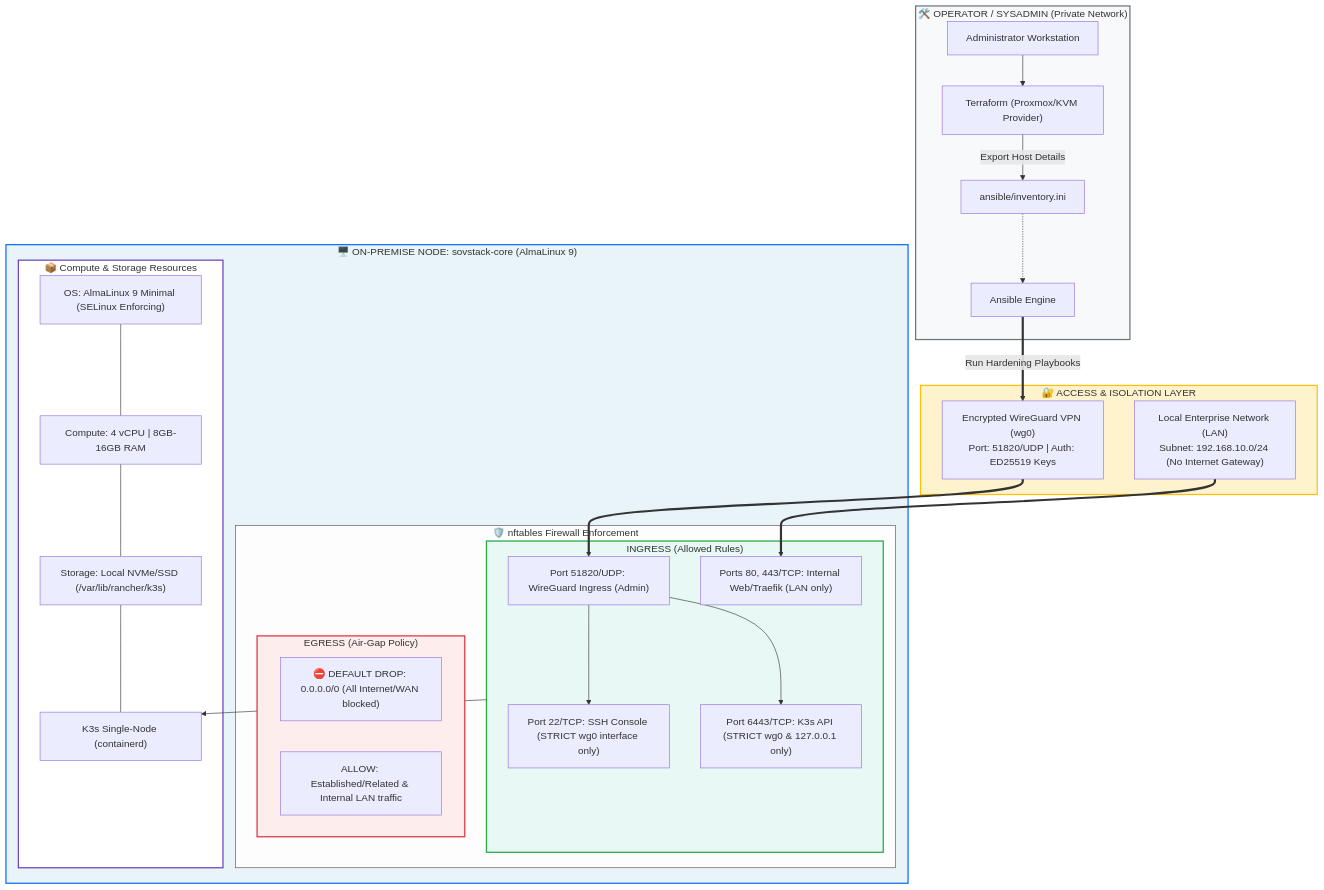
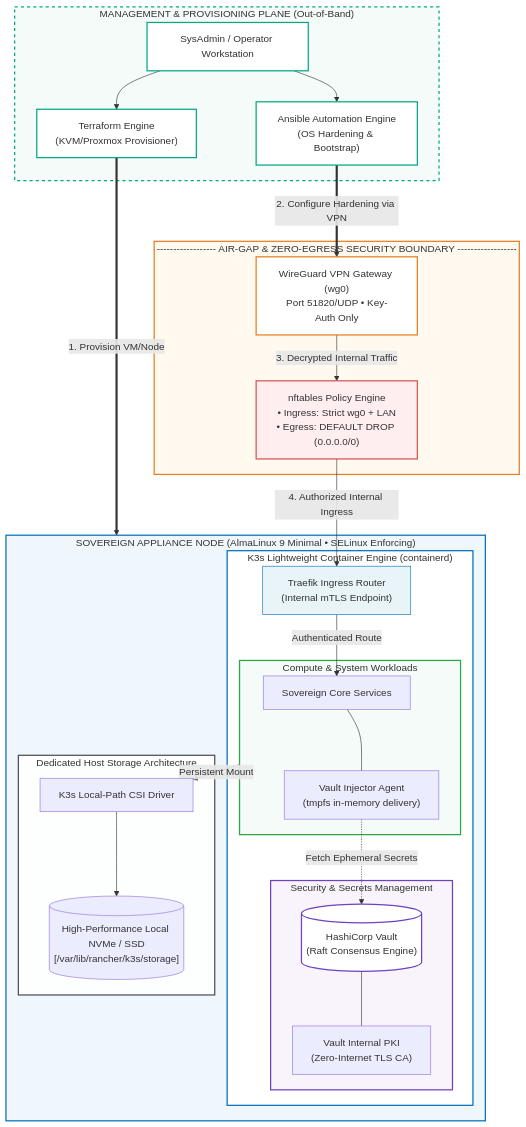
Before and after one commit to pikz-eng/sovstack-core: the diagram in README.md, drawn with Mermaid.

````diff
--- a/README.md
+++ b/README.md
@@ -11,64 +11,81 @@
 ```mermaid
 flowchart TD
-    subgraph ManagementPlane [" 🛠️ OPERATOR / SYSADMIN (Private Network) "]
-        Admin["Administrator Workstation"]
-        Terraform["Terraform (Proxmox/KVM Provider)"]
-        Ansible["Ansible Engine"]
+    %% ==========================================
+    %% TOP ZONE: MANAGEMENT & CONTROL PLANE
+    %% ==========================================
+    subgraph ManagementPlane ["MANAGEMENT & PROVISIONING PLANE (Out-of-Band)"]
+        AdminStation["SysAdmin / Operator Workstation"]
+        TerraformEngine["Terraform Engine<br>(KVM/Proxmox Provisioner)"]
+        AnsibleEngine["Ansible Automation Engine<br>(OS Hardening & Bootstrap)"]
         
-        Admin --> Terraform
-        Terraform -->|Export Host Details| Inventory["ansible/inventory.ini"]
-        Inventory -.-> Ansible
+        AdminStation --> TerraformEngine
+        AdminStation --> AnsibleEngine
     end
 
-    subgraph TransportLayer [" 🔐 ACCESS & ISOLATION LAYER "]
-        WG_Tunnel["Encrypted WireGuard VPN (wg0)<br>Port: 51820/UDP | Auth: ED25519 Keys"]
-        LAN_Net["Local Enterprise Network (LAN)<br>Subnet: 192.168.10.0/24 (No Internet Gateway)"]
+    %% ==========================================
+    %% DEMARCATION BOUNDARY: AIR-GAP PERIMETER
+    %% ==========================================
+    subgraph PerimeterBoundary ["------------------ AIR-GAP & ZERO-EGRESS SECURITY BOUNDARY ------------------"]
+        WGGateway["WireGuard VPN Gateway (wg0)<br>Port 51820/UDP • Key-Auth Only"]
+        NFTables["nftables Policy Engine<br>• Ingress: Strict wg0 + LAN<br>• Egress: DEFAULT DROP (0.0.0.0/0)"]
     end
 
-    subgraph OnPremNode [" 🖥️ ON-PREMISE NODE: sovstack-core (AlmaLinux 9) "]
+    %% ==========================================
+    %% BOTTOM ZONE: SOVEREIGN ON-PREMISES APPLIANCE
+    %% ==========================================
+    subgraph ApplianceNode ["SOVEREIGN APPLIANCE NODE (AlmaLinux 9 Minimal • SELinux Enforcing)"]
         
-        subgraph NFTablesEngine [" 🛡️ nftables Firewall Enforcement "]
-            
-            subgraph IngressRules [" INGRESS (Allowed Rules) "]
-                In_WG["Port 51820/UDP: WireGuard Ingress (Admin)"]
-                In_SSH["Port 22/TCP: SSH Console (STRICT wg0 interface only)"]
-                In_K8s["Port 6443/TCP: K3s API (STRICT wg0 & 127.0.0.1 only)"]
-                In_Web["Ports 80, 443/TCP: Internal Web/Traefik (LAN only)"]
+        subgraph OrchestrationLayer ["K3s Lightweight Container Engine (containerd)"]
+            TraefikIngress["Traefik Ingress Router<br>(Internal mTLS Endpoint)"]
+
+            subgraph SecurityOrchestrator ["Security & Secrets Management"]
+                VaultServer[("HashiCorp Vault<br>(Raft Consensus Engine)")]
+                VaultPKI["Vault Internal PKI<br>(Zero-Internet TLS CA)"]
+                VaultServer --- VaultPKI
             end
 
-            subgraph EgressRules [" EGRESS (Air-Gap Policy) "]
-                Out_Drop["⛔ DEFAULT DROP: 0.0.0.0/0 (All Internet/WAN blocked)"]
-                Out_Local["ALLOW: Established/Related & Internal LAN traffic"]
+            subgraph ComputeWorkloads ["Compute & System Workloads"]
+                CoreWorkload["Sovereign Core Services"]
+                SidecarAgent["Vault Injector Agent<br>(tmpfs in-memory delivery)"]
+                CoreWorkload --- SidecarAgent
             end
+            
+            TraefikIngress -->|Authenticated Route| CoreWorkload
+            SidecarAgent -.->|Fetch Ephemeral Secrets| VaultServer
         end
 
-        subgraph VMResources [" 📦 Compute & Storage Resources "]
-            NodeOS["OS: AlmaLinux 9 Minimal (SELinux Enforcing)"]
-            NodeSpecs["Compute: 4 vCPU | 8GB-16GB RAM"]
-            NodeDisk["Storage: Local NVMe/SSD (/var/lib/rancher/k3s)"]
-            K3sEngine["K3s Single-Node (containerd)"]
-            
-            NodeOS --- NodeSpecs
-            NodeSpecs --- NodeDisk
-            NodeDisk --- K3sEngine
+        subgraph StorageLayer ["Dedicated Host Storage Architecture"]
+            LocalCSI["K3s Local-Path CSI Driver"]
+            NVMeArray[("High-Performance Local NVMe / SSD<br>[/var/lib/rancher/k3s/storage]")]
+            LocalCSI --> NVMeArray
         end
+
+        ComputeWorkloads -->|Persistent Mount| LocalCSI
     end
 
-    %% Connections
-    Ansible ==>|Run Hardening Playbooks| WG_Tunnel
-    WG_Tunnel ==> In_WG
-    In_WG --> In_SSH
-    In_WG --> In_K8s
-    LAN_Net ==> In_Web
-    
-    IngressRules --> K3sEngine
+    %% Inter-plane connections
+    TerraformEngine ==>|1. Provision VM/Node| ApplianceNode
+    AnsibleEngine ==>|2. Configure Hardening via VPN| WGGateway
+    WGGateway -->|3. Decrypted Internal Traffic| NFTables
+    NFTables -->|4. Authorized Internal Ingress| TraefikIngress
 
-    %% Styling
-    style ManagementPlane fill:#f8f9fa,stroke:#6c757d,stroke-width:2px
-    style TransportLayer fill:#fff3cd,stroke:#ffc107,stroke-width:2px
-    style OnPremNode fill:#e8f4f8,stroke:#0d6efd,stroke-width:2px
-    style NFTablesEngine fill:#fdfdfe,stroke:#495057,stroke-width:1px
-    style IngressRules fill:#e8f8f5,stroke:#28a745,stroke-width:2px
-    style EgressRules fill:#fdedec,stroke:#dc3545,stroke-width:2px
-    style VMResources fill:#ffffff,stroke:#6f42c1,stroke-width:2px
+    %% ==========================================
+    %% ENTERPRISE COLOR PALETTE (HPE / GreenLake style)
+    %% ==========================================
+    style ManagementPlane fill:#f4fbf9,stroke:#00a982,stroke-width:2px,stroke-dasharray: 5 5
+    style AdminStation fill:#ffffff,stroke:#00a982,stroke-width:2px
+    style TerraformEngine fill:#ffffff,stroke:#00a982,stroke-width:2px
+    style AnsibleEngine fill:#ffffff,stroke:#00a982,stroke-width:2px
+
+    style PerimeterBoundary fill:#fff9f0,stroke:#e67e22,stroke-width:2px
+    style WGGateway fill:#ffffff,stroke:#e67e22,stroke-width:2px
+    style NFTables fill:#ffeef0,stroke:#d9534f,stroke-width:2px
+
+    style ApplianceNode fill:#f0f7fc,stroke:#0070ba,stroke-width:2px
+    style OrchestrationLayer fill:#ffffff,stroke:#0070ba,stroke-width:2px
+    style TraefikIngress fill:#e8f4f8,stroke:#0070ba,stroke-width:1px
+    style SecurityOrchestrator fill:#f9f4fc,stroke:#6f42c1,stroke-width:2px
+    style VaultServer fill:#ffffff,stroke:#6f42c1,stroke-width:2px
+    style ComputeWorkloads fill:#f4fbf9,stroke:#28a745,stroke-width:2px
+    style StorageLayer fill:#fdfefe,stroke:#495057,stroke-width:2px
 ```
````
